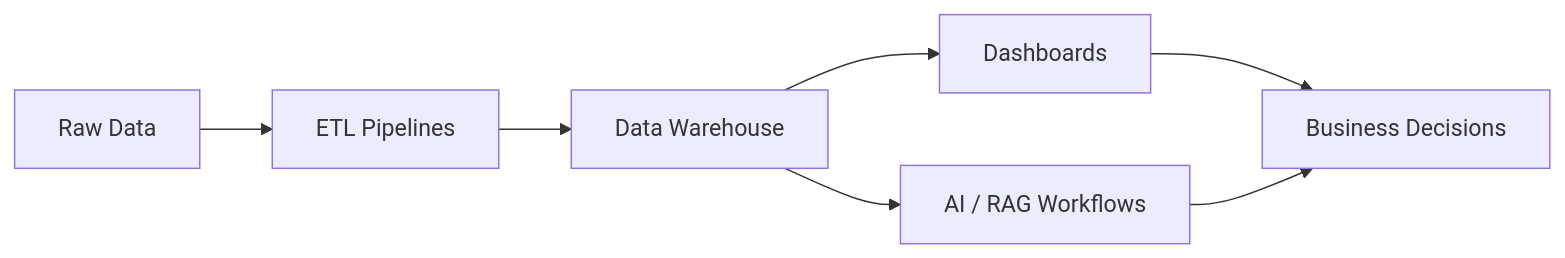
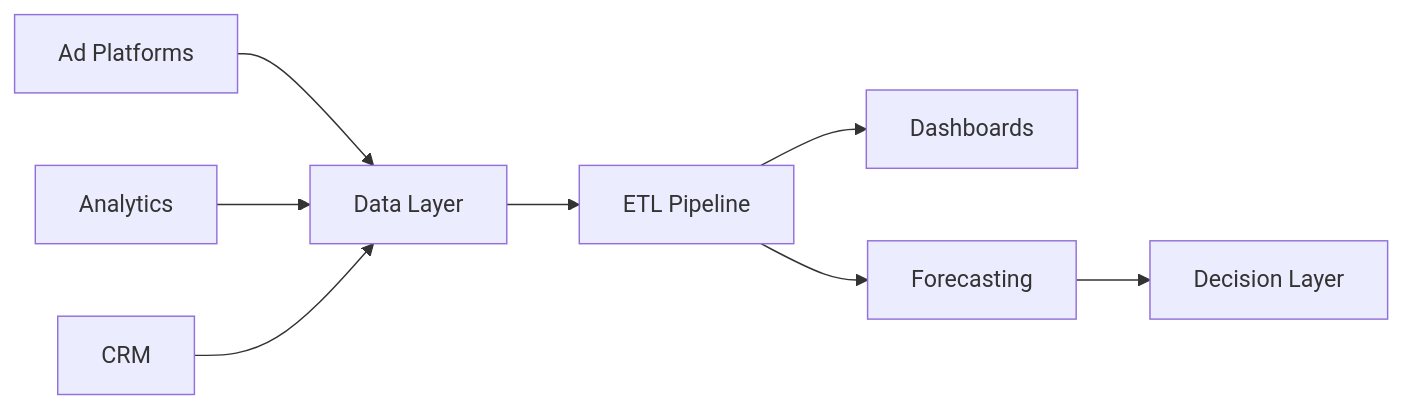
The diagram in README.md (Navodhya-Fernando/navodhya-fernando), drawn with Mermaid before and after one commit. The commit also changed other lines of this file, not shown here.

````diff
--- a/README.md
+++ b/README.md
@@ -88,9 +104,10 @@
 ```mermaid
 flowchart LR
-    A[Raw Data] --> B[ETL Pipelines]
-    B --> C[Data Warehouse]
-    C --> D[Dashboards]
-    C --> E[AI / RAG Workflows]
-    D --> F[Business Decisions]
-    E --> F
+    A[Ad Platforms] --> D[Data Layer]
+    B[Analytics] --> D
+    C[CRM] --> D
+    D --> E[ETL Pipeline]
+    E --> F[Dashboards]
+    E --> G[Forecasting]
+    G --> H[Decision Layer]
 ```
````
